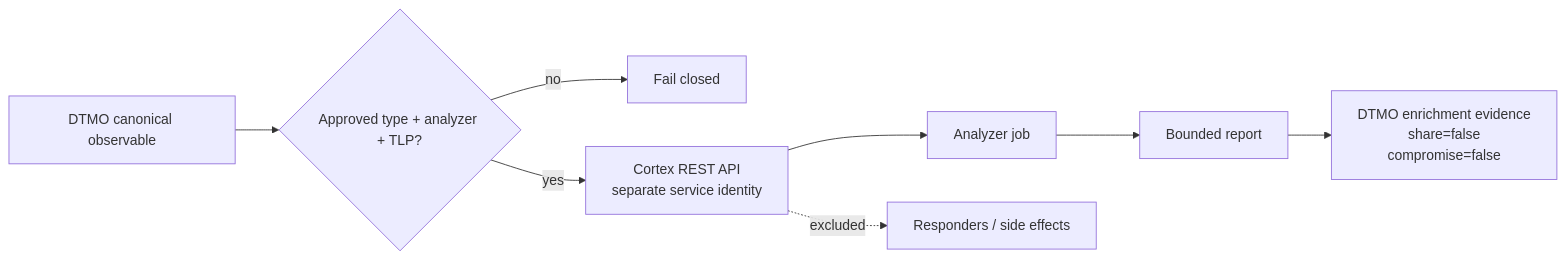
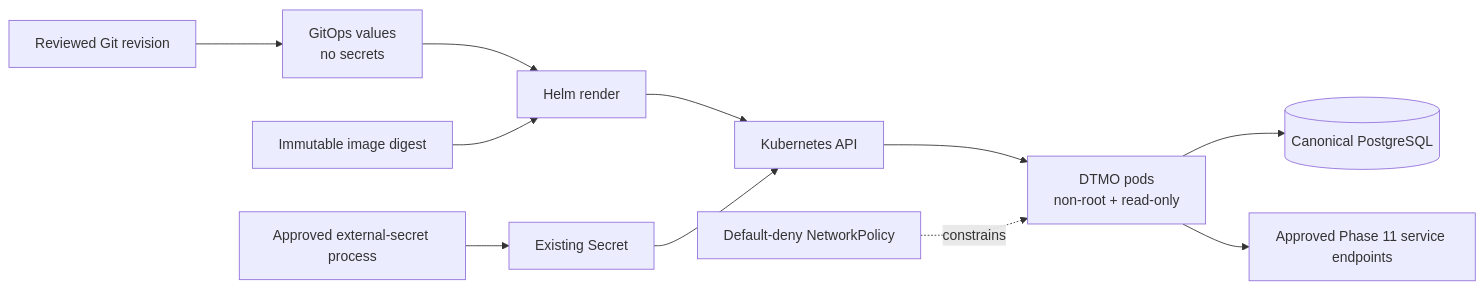
Before and after one commit to GJvManen/dtmo: the diagram in docs/README.md, drawn with Mermaid. The commit also changed other lines of this file, not shown here.

Commit message:
phase11.8: update documentation portal for runtime foundation

````diff
--- a/docs/README.md
+++ b/docs/README.md
@@ -58,10 +55,13 @@
 ```mermaid
 flowchart LR
-    D[DTMO canonical observable] --> G{Approved type + analyzer + TLP?}
-    G -->|no| X[Fail closed]
-    G -->|yes| C[Cortex REST API\nseparate service identity]
-    C --> J[Analyzer job]
-    J --> R[Bounded report]
-    R --> E[DTMO enrichment evidence\nshare=false\ncompromise=false]
-    C -. excluded .-> Z[Responders / side effects]
+    G[Reviewed Git revision] --> V[GitOps values\nno secrets]
+    V --> H[Helm render]
+    I[Immutable image digest] --> H
+    H --> K[Kubernetes API]
+    S[Approved external-secret process] --> X[Existing Secret]
+    X --> K
+    K --> P[DTMO pods\nnon-root + read-only]
+    N[Default-deny NetworkPolicy] -. constrains .-> P
+    P --> C[(Canonical PostgreSQL)]
+    P --> E[Approved Phase 11 service endpoints]
 ```
````
